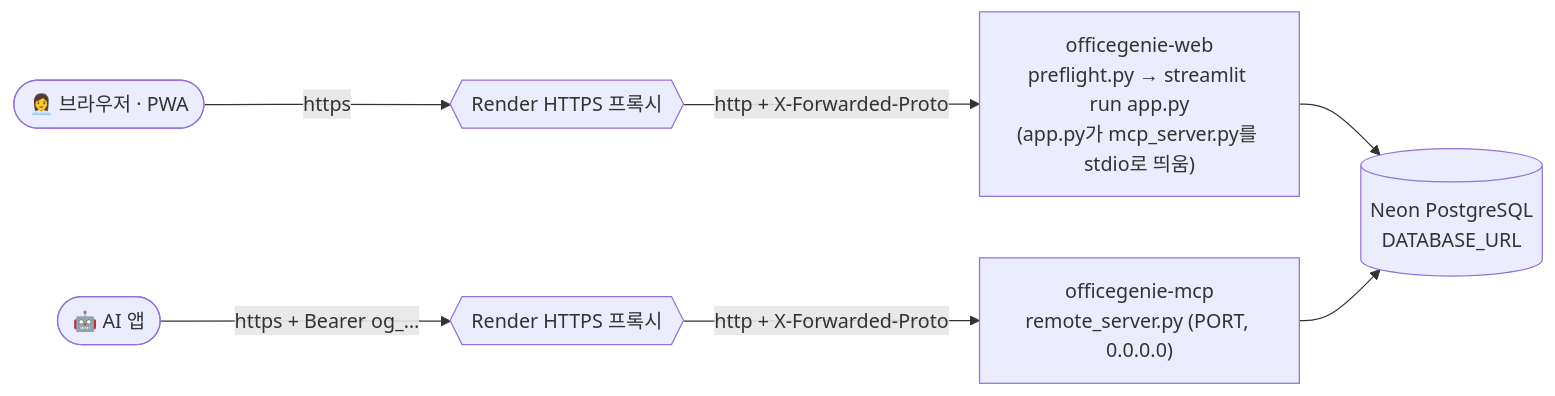
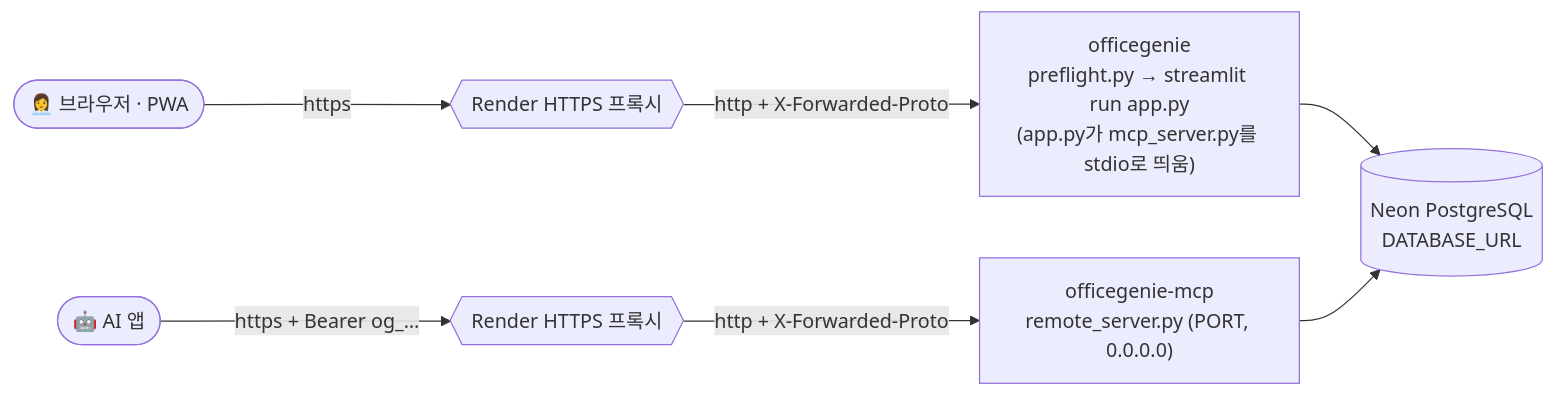
One commit to Byun-Gwan-Young/OG changed the second of 2 diagrams in docs/architecture.md. Above: the diagram before and after it, drawn with Mermaid. The commit also changed other lines of this file and 8 other files, not shown here.

````diff
--- a/docs/architecture.md
+++ b/docs/architecture.md
@@ -47,9 +47,9 @@
 ```mermaid
 flowchart LR
     B([👩‍💼 브라우저 · PWA]) -->|https| P1{{Render HTTPS 프록시}}
     C([🤖 AI 앱]) -->|"https + Bearer og_…"| P2{{Render HTTPS 프록시}}
-    P1 -->|"http + X-Forwarded-Proto"| W["officegenie-web<br/>preflight.py → streamlit run app.py<br/>(app.py가 mcp_server.py를 stdio로 띄움)"]
+    P1 -->|"http + X-Forwarded-Proto"| W["officegenie<br/>preflight.py → streamlit run app.py<br/>(app.py가 mcp_server.py를 stdio로 띄움)"]
     P2 -->|"http + X-Forwarded-Proto"| M["officegenie-mcp<br/>remote_server.py (PORT, 0.0.0.0)"]
     W --> N[(Neon PostgreSQL<br/>DATABASE_URL)]
     M --> N
 ```
````
